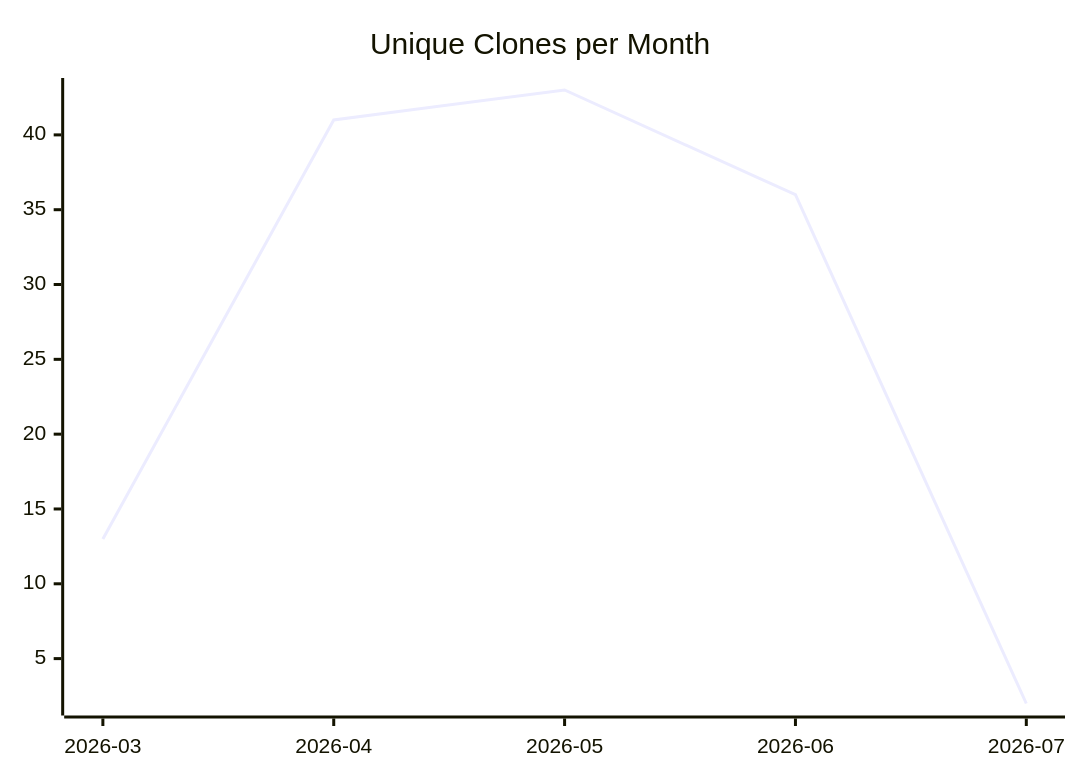
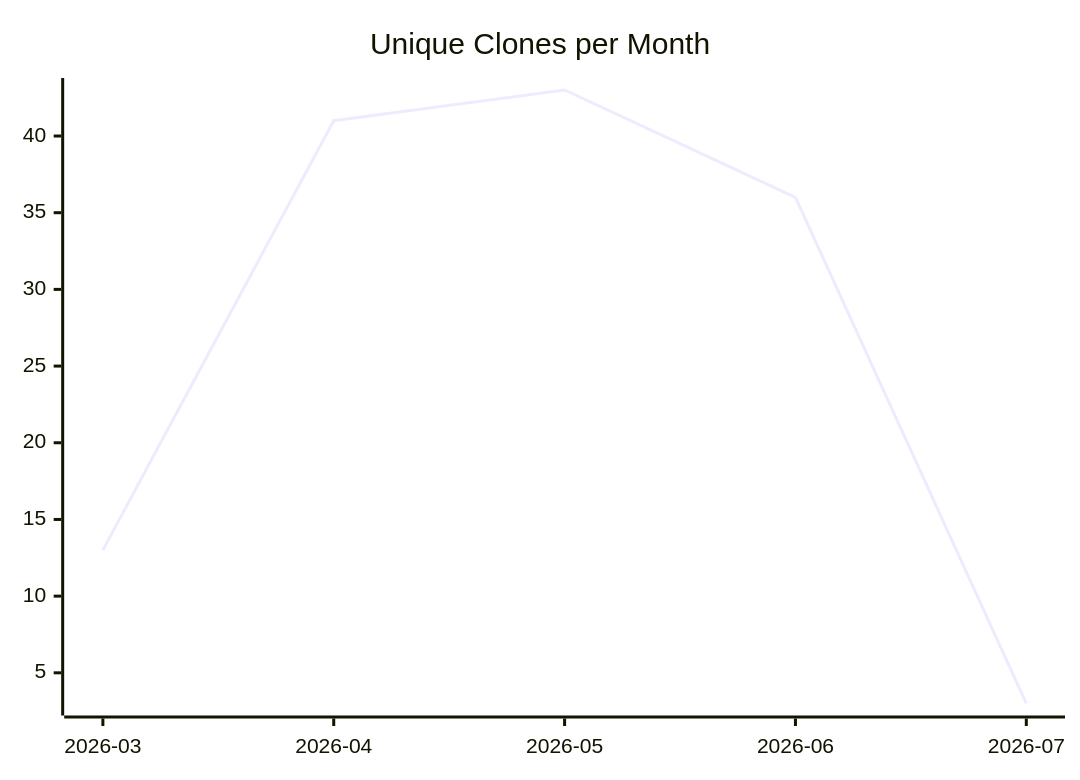
Before and after one commit to justdavis-family/github-analytics-data: the third of 3 diagrams in karlmdavis/usgs-water-api-java/README.md, drawn with Mermaid. The commit also changed other lines of this file and 200 other files, not shown here.

````diff
--- a/karlmdavis/usgs-water-api-java/README.md
+++ b/karlmdavis/usgs-water-api-java/README.md
@@ -19,6 +19,6 @@
 ```mermaid
 xychart-beta
   title "Unique Clones per Month"
   x-axis ["2026-03", "2026-04", "2026-05", "2026-06", "2026-07"]
-  line [13, 41, 43, 36, 2]
+  line [13, 41, 43, 36, 3]
 ```
````
